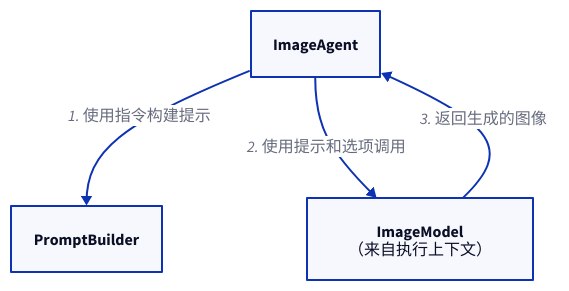
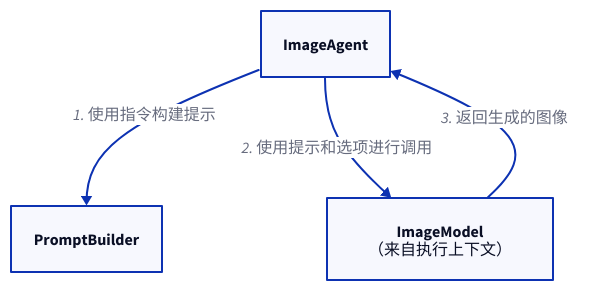
Before and after one commit to AIGNE-io/aigne-framework: the diagram in .aigne/doc-smith/docs/developer-guide-agents-image-agent.zh.md, drawn with D2. The commit also changed other lines of this file and 141 other files, not shown here.

````diff
--- a/.aigne/doc-smith/docs/developer-guide-agents-image-agent.zh.md
+++ b/.aigne/doc-smith/docs/developer-guide-agents-image-agent.zh.md
@@ -17,22 +17,22 @@
 ```d2
 direction: down
 
 ImageAgent: {
   label: "ImageAgent"
   shape: rectangle
 }
 
 PromptBuilder: {
   label: "PromptBuilder"
   shape: rectangle
 }
 
 ImageModel: {
   label: "ImageModel\n（来自执行上下文）"
   shape: rectangle
 }
 
 ImageAgent -> PromptBuilder: "1. 使用指令构建提示"
-ImageAgent -> ImageModel: "2. 使用提示和选项调用"
+ImageAgent -> ImageModel: "2. 使用提示和选项进行调用"
 ImageModel -> ImageAgent: "3. 返回生成的图像"
 ```
````
